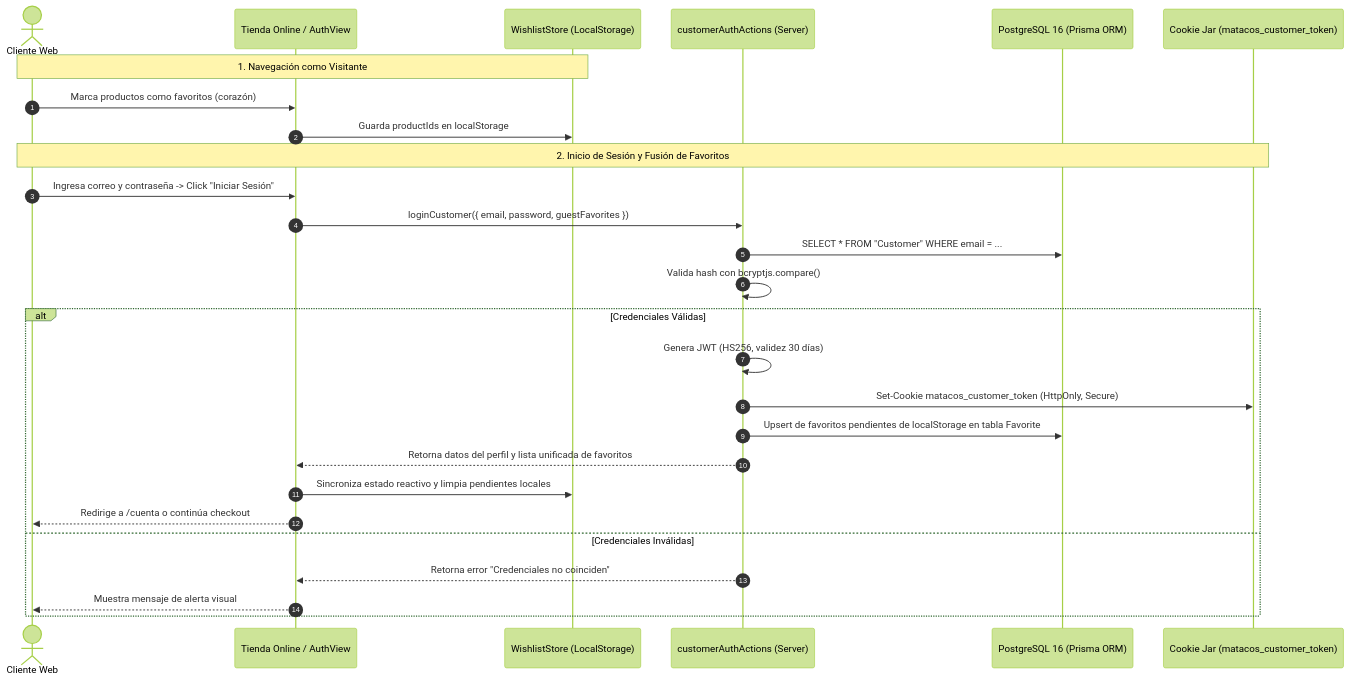
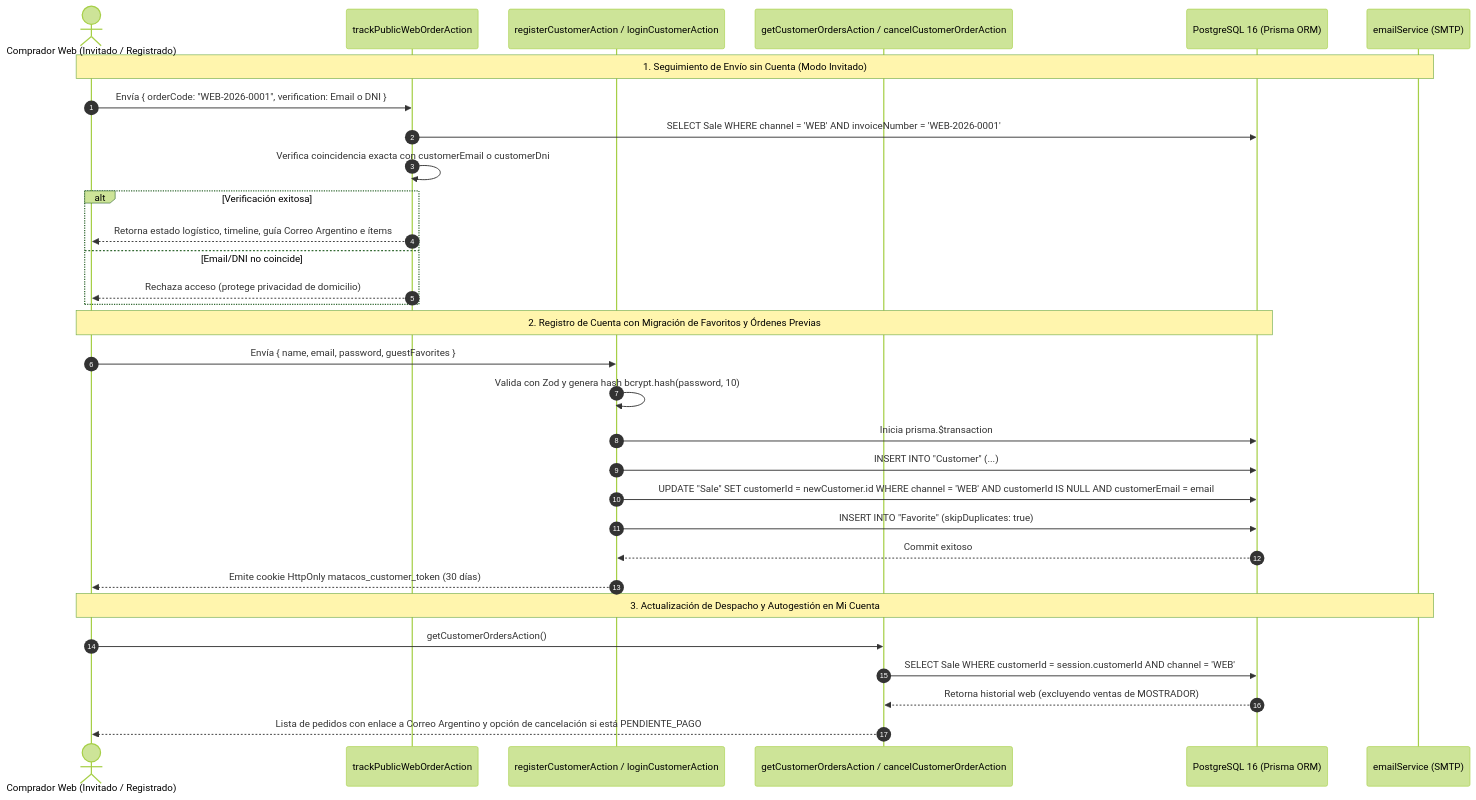
One commit to dellagnoloRA/matacos-deportes-app changed the diagram in docs/RF-29_Portal_Clientes_Autenticacion_Favoritos_Seguimiento.md. Above: the diagram before and after it, drawn with Mermaid (forest theme). The commit also changed other lines of this file and 12 other files, not shown here.

Commit message:
feat(customer): implementar backend de autenticacion, favoritos y seguimiento (RF-29)

````diff
--- a/docs/RF-29_Portal_Clientes_Autenticacion_Favoritos_Seguimiento.md
+++ b/docs/RF-29_Portal_Clientes_Autenticacion_Favoritos_Seguimiento.md
@@ -40,31 +62,36 @@
 ```mermaid
 sequenceDiagram
     autonumber
-    actor Cliente as Cliente Web
-    participant UI as Tienda Online / AuthView
-    participant Store as WishlistStore (LocalStorage)
-    participant ActionAuth as customerAuthActions (Server)
+    actor Comprador as Comprador Web (Invitado / Registrado)
+    participant ActionTrack as trackPublicWebOrderAction
+    participant ActionAuth as registerCustomerAction / loginCustomerAction
+    participant ActionOrder as getCustomerOrdersAction / cancelCustomerOrderAction
     participant DB as PostgreSQL 16 (Prisma ORM)
-    participant Cookie as Cookie Jar (matacos_customer_token)
+    participant Mail as emailService (SMTP)
 
-    Note over Cliente,Store: 1. Navegación como Visitante
-    Cliente->>UI: Marca productos como favoritos (corazón)
-    UI->>Store: Guarda productIds en localStorage
+    Note over Comprador,Mail: 1. Seguimiento de Envío sin Cuenta (Modo Invitado)
+    Comprador->>ActionTrack: Envía { orderCode: "WEB-2026-0001", verification: Email o DNI }
+    ActionTrack->>DB: SELECT Sale WHERE channel = 'WEB' AND invoiceNumber = 'WEB-2026-0001'
+    ActionTrack->>ActionTrack: Verifica coincidencia exacta con customerEmail o customerDni
+    alt Verificación exitosa
+        ActionTrack-->>Comprador: Retorna estado logístico, timeline, guía Correo Argentino e ítems
+    else Email/DNI no coincide
+        ActionTrack-->>Comprador: Rechaza acceso (protege privacidad de domicilio)
+    end
 
-    Note over Cliente,Cookie: 2. Inicio de Sesión y Fusión de Favoritos
-    Cliente->>UI: Ingresa correo y contraseña -> Click "Iniciar Sesión"
-    UI->>ActionAuth: loginCustomer({ email, password, guestFavorites })
-    ActionAuth->>DB: SELECT * FROM "Customer" WHERE email = ...
-    ActionAuth->>ActionAuth: Valida hash con bcryptjs.compare()
-    alt Credenciales Válidas
-        ActionAuth->>ActionAuth: Genera JWT (HS256, validez 30 días)
-        ActionAuth->>Cookie: Set-Cookie matacos_customer_token (HttpOnly, Secure)
-        ActionAuth->>DB: Upsert de favoritos pendientes de localStorage en tabla Favorite
-        ActionAuth-->>UI: Retorna datos del perfil y lista unificada de favoritos
-        UI->>Store: Sincroniza estado reactivo y limpia pendientes locales
-        UI-->>Cliente: Redirige a /cuenta o continúa checkout
-    else Credenciales Inválidas
-        ActionAuth-->>UI: Retorna error "Credenciales no coinciden"
-        UI-->>Cliente: Muestra mensaje de alerta visual
-    end
+    Note over Comprador,DB: 2. Registro de Cuenta con Migración de Favoritos y Órdenes Previas
+    Comprador->>ActionAuth: Envía { name, email, password, guestFavorites }
+    ActionAuth->>ActionAuth: Valida con Zod y genera hash bcrypt.hash(password, 10)
+    ActionAuth->>DB: Inicia prisma.$transaction
+    ActionAuth->>DB: INSERT INTO "Customer" (...)
+    ActionAuth->>DB: UPDATE "Sale" SET customerId = newCustomer.id WHERE channel = 'WEB' AND customerId IS NULL AND customerEmail = email
+    ActionAuth->>DB: INSERT INTO "Favorite" (skipDuplicates: true)
+    DB-->>ActionAuth: Commit exitoso
+    ActionAuth-->>Comprador: Emite cookie HttpOnly matacos_customer_token (30 días)
+
+    Note over Comprador,Mail: 3. Actualización de Despacho y Autogestión en Mi Cuenta
+    Comprador->>ActionOrder: getCustomerOrdersAction()
+    ActionOrder->>DB: SELECT Sale WHERE customerId = session.customerId AND channel = 'WEB'
+    DB-->>ActionOrder: Retorna historial web (excluyendo ventas de MOSTRADOR)
+    ActionOrder-->>Comprador: Lista de pedidos con enlace a Correo Argentino y opción de cancelación si está PENDIENTE_PAGO
 ```
````
